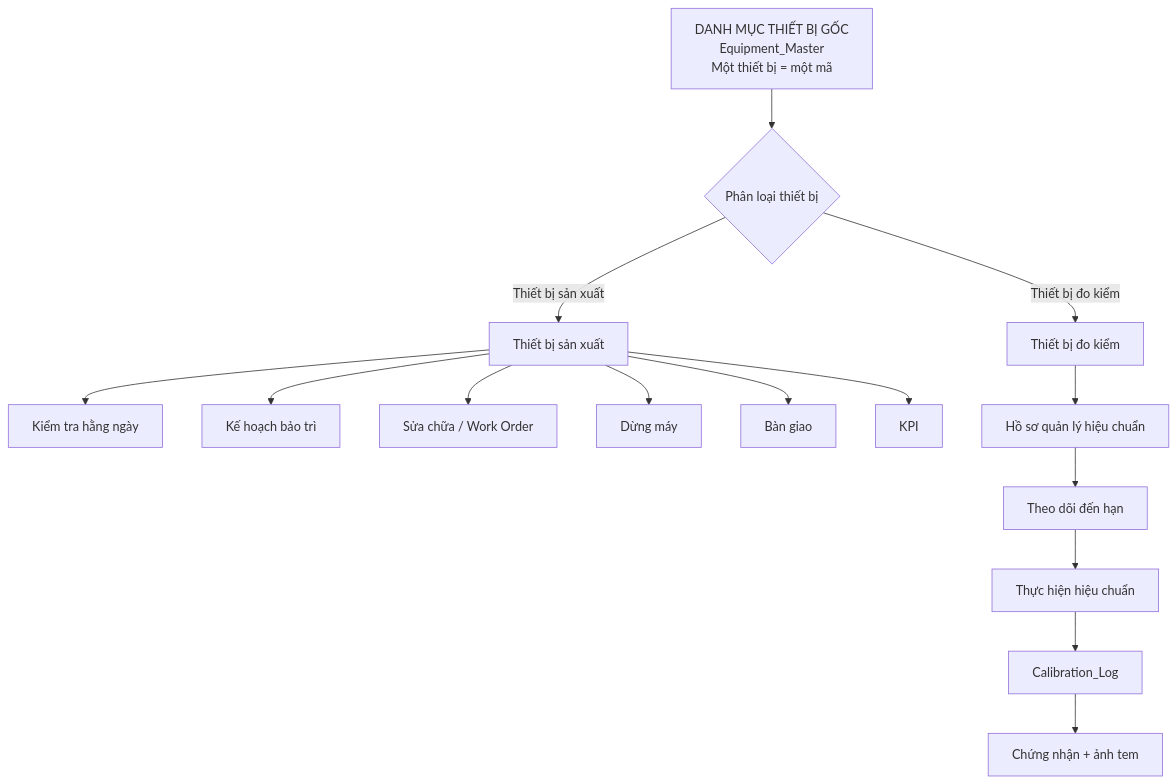
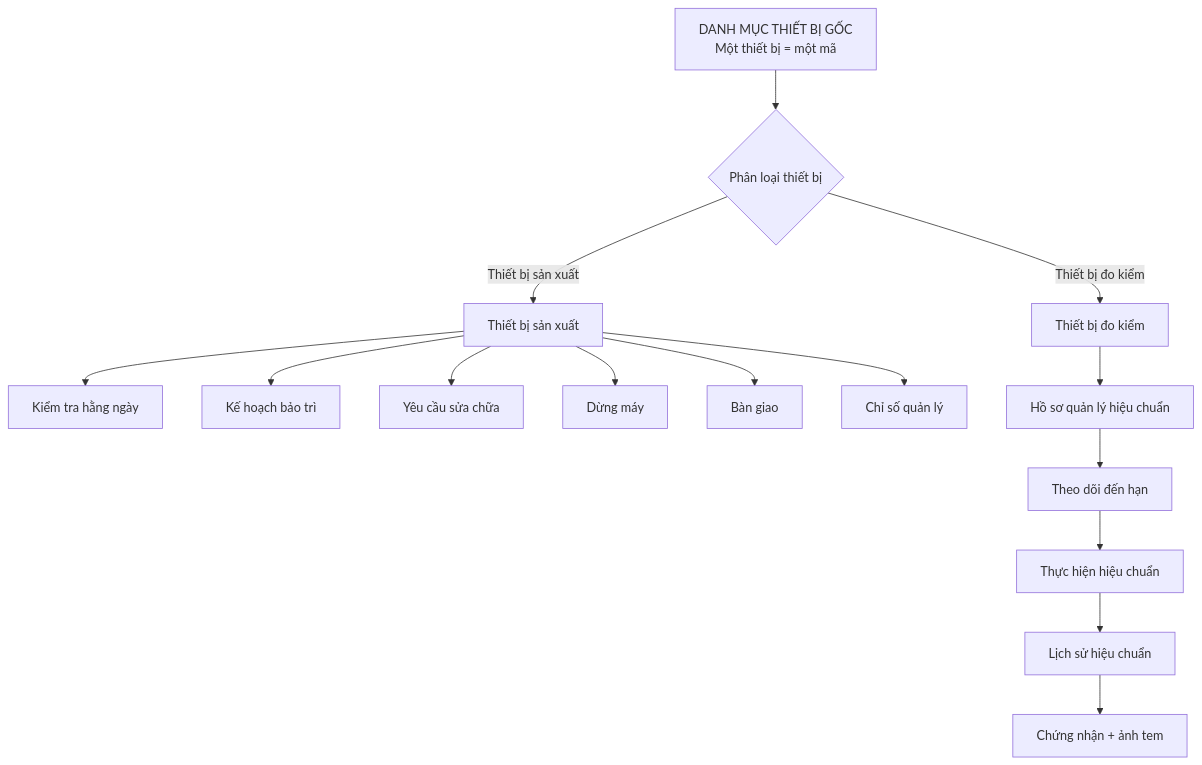
Before and after one commit to phan-tan-7211/IATF-16949-Equipment-Management: the first of 5 diagrams in docs/KIEN_TRUC_LUONG_HE_THONG.md, drawn with Mermaid. The commit also changed other lines of this file, not shown here.

Commit message:
docs: chuẩn hóa kiến trúc thuần tiếng Việt và mã thiết bị chính thức

````diff
--- a/docs/KIEN_TRUC_LUONG_HE_THONG.md
+++ b/docs/KIEN_TRUC_LUONG_HE_THONG.md
@@ -15,20 +15,20 @@
 ```mermaid
 flowchart TD
-    A["DANH MỤC THIẾT BỊ GỐC<br/>Equipment_Master<br/>Một thiết bị = một mã"]
+    A["DANH MỤC THIẾT BỊ GỐC<br/>Một thiết bị = một mã"]
     A --> B{"Phân loại thiết bị"}
     B -->|"Thiết bị sản xuất"| C["Thiết bị sản xuất"]
     B -->|"Thiết bị đo kiểm"| D["Thiết bị đo kiểm"]
 
     C --> C1["Kiểm tra hằng ngày"]
     C --> C2["Kế hoạch bảo trì"]
-    C --> C3["Sửa chữa / Work Order"]
+    C --> C3["Yêu cầu sửa chữa"]
     C --> C4["Dừng máy"]
     C --> C5["Bàn giao"]
-    C --> C6["KPI"]
+    C --> C6["Chỉ số quản lý"]
 
     D --> D1["Hồ sơ quản lý hiệu chuẩn"]
     D1 --> D2["Theo dõi đến hạn"]
     D2 --> D3["Thực hiện hiệu chuẩn"]
-    D3 --> D4["Calibration_Log"]
+    D3 --> D4["Lịch sử hiệu chuẩn"]
     D4 --> D5["Chứng nhận + ảnh tem"]
 ```
````
